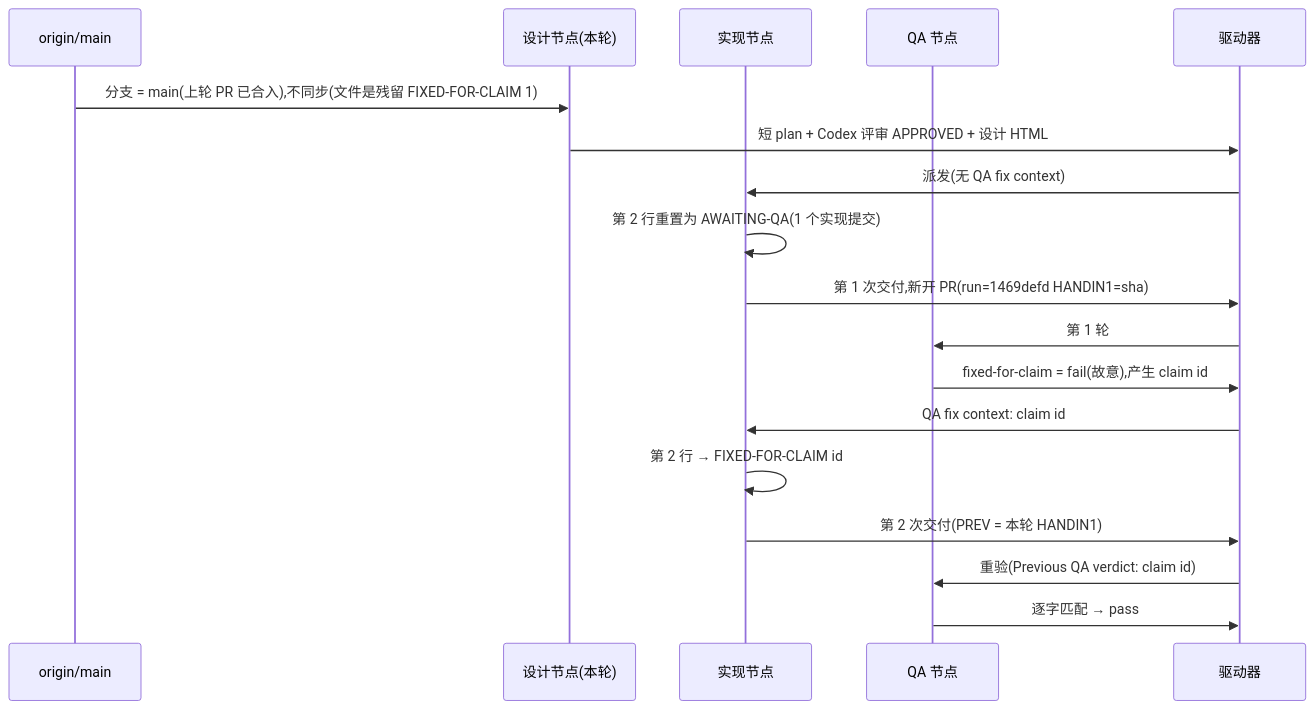
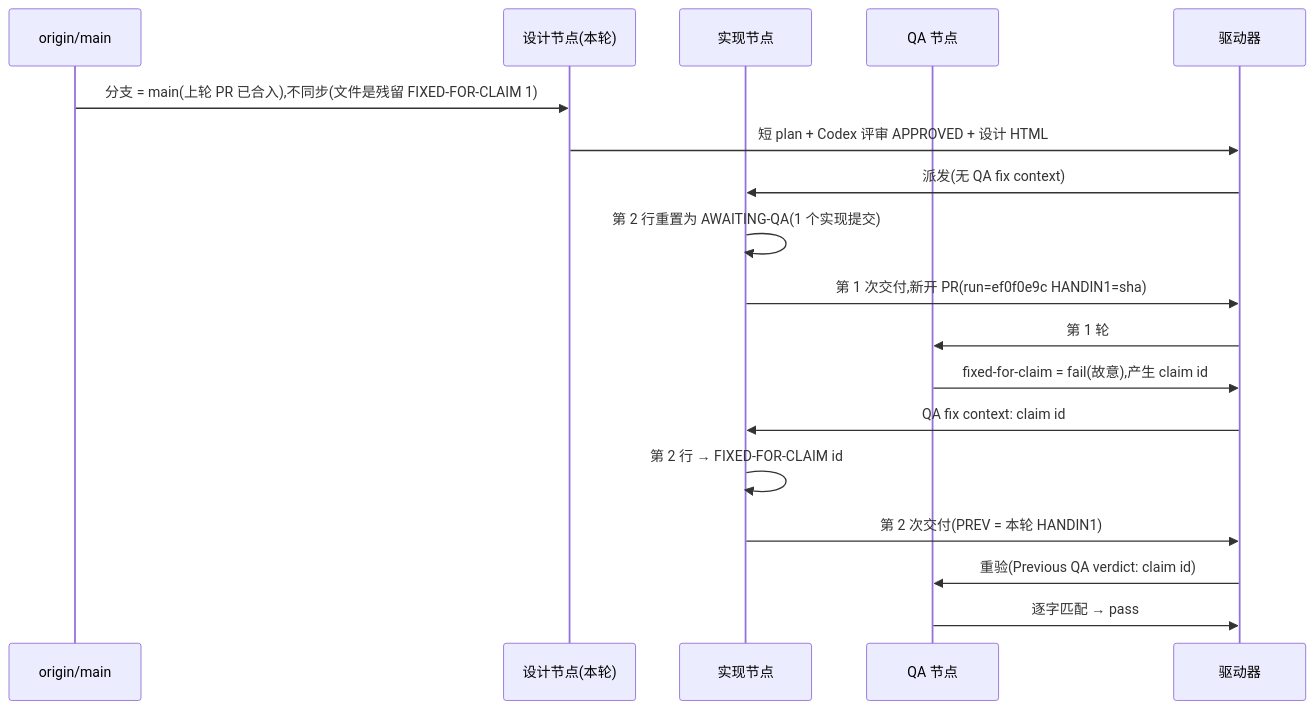
Before and after one commit to xrliAnnie/flywheel-qa-sandbox: the diagram in engineering/doc/FLY-3150-real-runner-drill/d1-core-flow.mmd, drawn with Mermaid. The commit also changed 5 other files, not shown here.

```diff
--- a/engineering/doc/FLY-3150-real-runner-drill/d1-core-flow.mmd
+++ b/engineering/doc/FLY-3150-real-runner-drill/d1-core-flow.mmd
@@ -1,18 +1,18 @@
 sequenceDiagram
     participant M as origin/main
     participant S as 设计节点(本轮)
     participant I as 实现节点
     participant Q as QA 节点
     participant D as 驱动器
     M->>S: 分支 = main(上轮 PR 已合入),不同步(文件是残留 FIXED-FOR-CLAIM 1)
     S->>D: 短 plan + Codex 评审 APPROVED + 设计 HTML
     D->>I: 派发(无 QA fix context)
     I->>I: 第 2 行重置为 AWAITING-QA(1 个实现提交)
-    I->>D: 第 1 次交付,新开 PR(run=1469defd HANDIN1=sha)
+    I->>D: 第 1 次交付,新开 PR(run=ef0f0e9c HANDIN1=sha)
     D->>Q: 第 1 轮
     Q->>D: fixed-for-claim = fail(故意),产生 claim id
     D->>I: QA fix context: claim id
     I->>I: 第 2 行 → FIXED-FOR-CLAIM id
     I->>D: 第 2 次交付(PREV = 本轮 HANDIN1)
     D->>Q: 重验(Previous QA verdict: claim id)
     Q->>D: 逐字匹配 → pass
```
